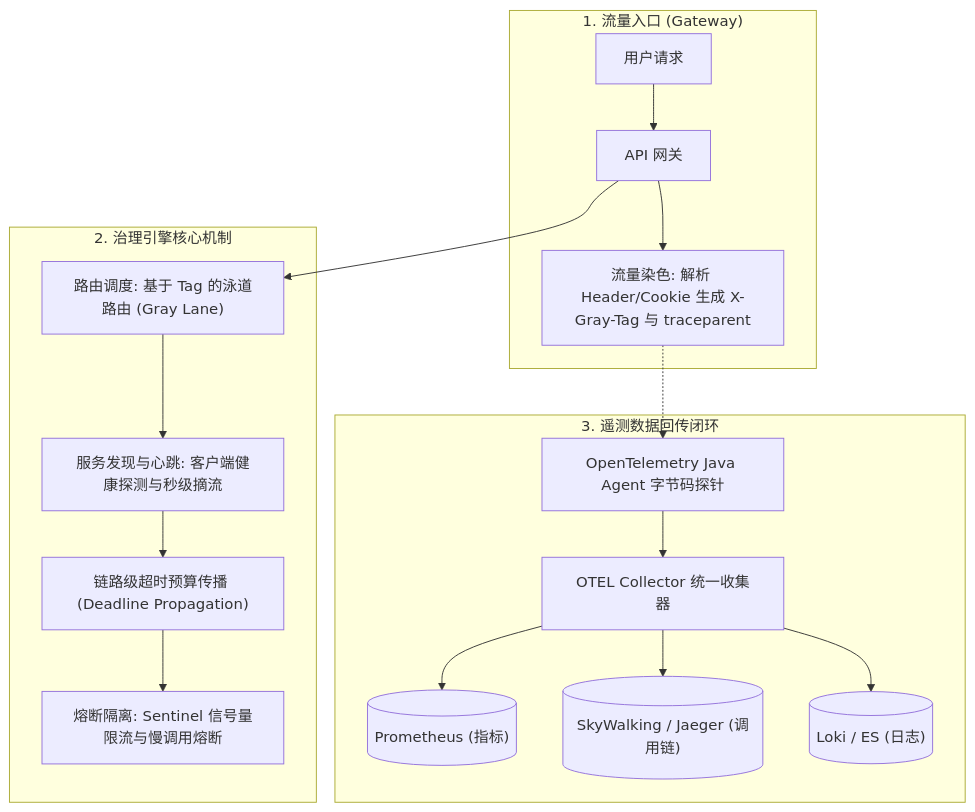
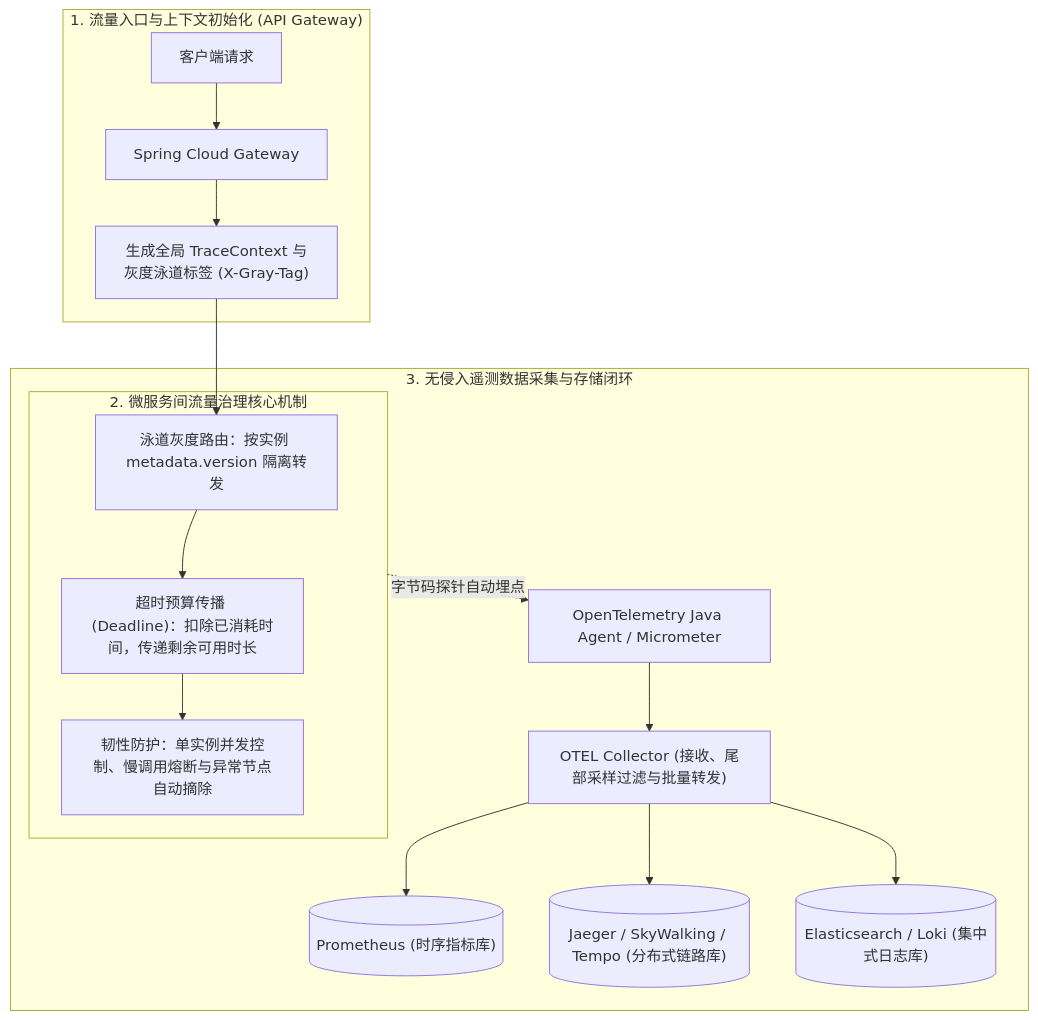
Before and after one commit to GuoWWWX/knowledge-base: the second of 2 diagrams in 20-Java后端/10-知识串联与专题/07-微服务治理与可观测性全链路.md, drawn with Mermaid. The commit also changed other lines of this file and 251 other files, not shown here.

````diff
--- a/20-Java后端/10-知识串联与专题/07-微服务治理与可观测性全链路.md
+++ b/20-Java后端/10-知识串联与专题/07-微服务治理与可观测性全链路.md
@@ -72,22 +70,21 @@
 ```mermaid
 flowchart TD
-    subgraph IngressTraffic["1. 流量入口 (Gateway)"]
-        UserReq["用户请求"] --> GW["API 网关"]
-        GW --> Dyeing["流量染色: 解析 Header/Cookie 生成 X-Gray-Tag 与 traceparent"]
+    subgraph IngressTraffic["1. 流量入口与上下文初始化 (API Gateway)"]
+        UserReq["客户端请求"] --> GW["Spring Cloud Gateway"]
+        GW --> Dyeing["生成全局 TraceContext 与灰度泳道标签 (X-Gray-Tag)"]
     end
 
-    subgraph ServiceMesh["2. 治理引擎核心机制"]
-        GW --> Routing["路由调度: 基于 Tag 的泳道路由 (Gray Lane)"]
-        Routing --> Health["服务发现与心跳: 客户端健康探测与秒级摘流"]
-        Health --> TimeoutBudget["链路级超时预算传播 (Deadline Propagation)"]
-        TimeoutBudget --> Resilient["熔断隔离: Sentinel 信号量限流与慢调用熔断"]
+    subgraph ServiceGovernance["2. 微服务间流量治理核心机制"]
+        Dyeing --> Routing["泳道灰度路由：按实例 metadata.version 隔离转发"]
+        Routing --> TimeoutBudget["超时预算传播 (Deadline)：扣除已消耗时间，传递剩余可用时长"]
+        TimeoutBudget --> Resilient["韧性防护：单实例并发控制、慢调用熔断与异常节点自动摘除"]
     end
 
-    subgraph TelemetrySink["3. 遥测数据回传闭环"]
-        Dyeing -.-> OTEL_Agent["OpenTelemetry Java Agent 字节码探针"]
-        OTEL_Agent --> Collector["OTEL Collector 统一收集器"]
-        Collector --> Prom[("Prometheus (指标)")]
-        Collector --> Jaeger[("SkyWalking / Jaeger (调用链)")]
-        Collector --> Loki[("Loki / ES (日志)")]
+    subgraph TelemetryPipeline["3. 无侵入遥测数据采集与存储闭环"]
+        ServiceGovernance -.->|"字节码探针自动埋点"| OTEL_Agent["OpenTelemetry Java Agent / Micrometer"]
+        OTEL_Agent --> Collector["OTEL Collector (接收、尾部采样过滤与批量转发)"]
+        Collector --> Prom[("Prometheus (时序指标库)")]
+        Collector --> Tempo[("Jaeger / SkyWalking / Tempo (分布式链路库)")]
+        Collector --> Loki[("Elasticsearch / Loki (集中式日志库)")]
     end
 ```
````
